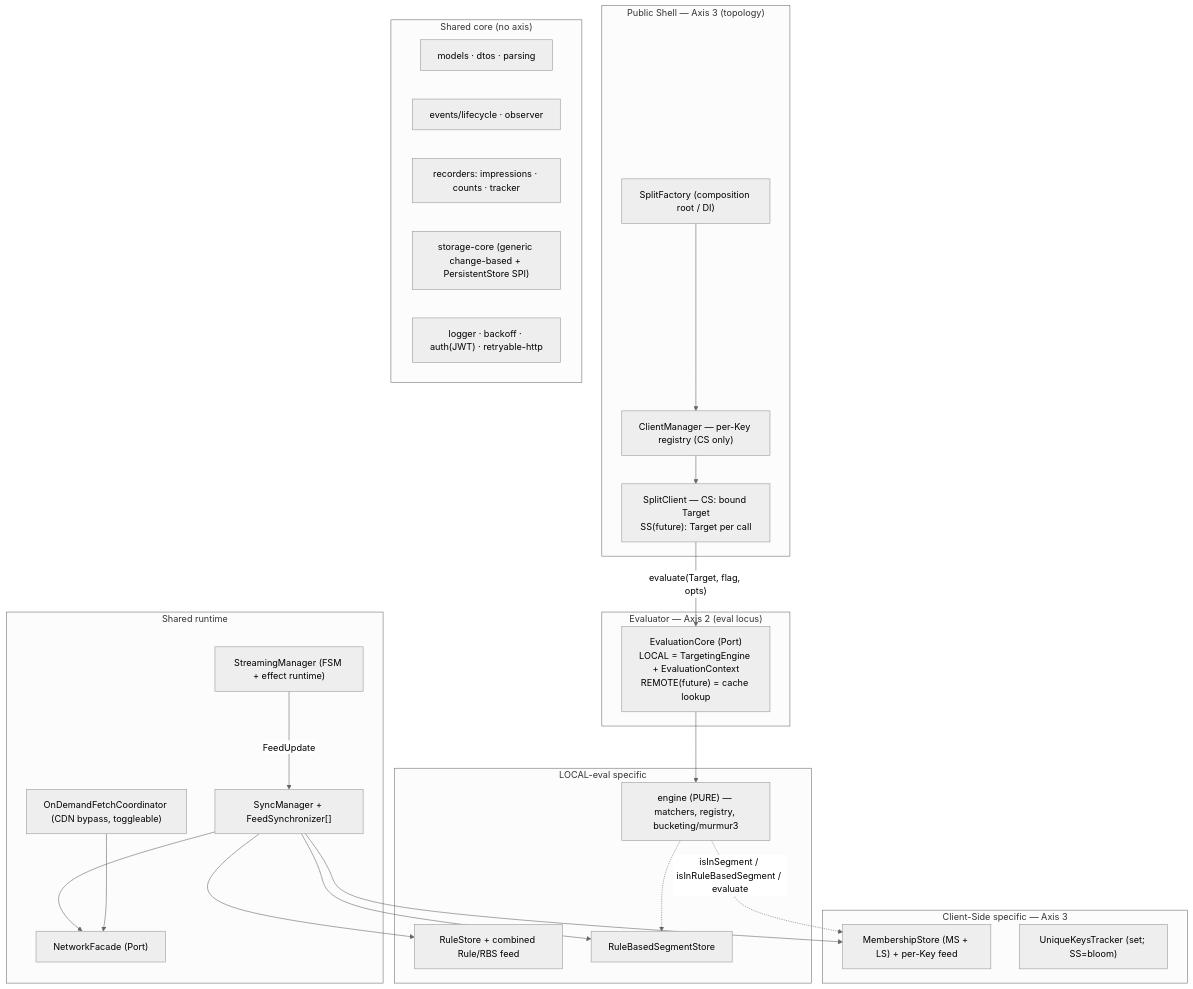
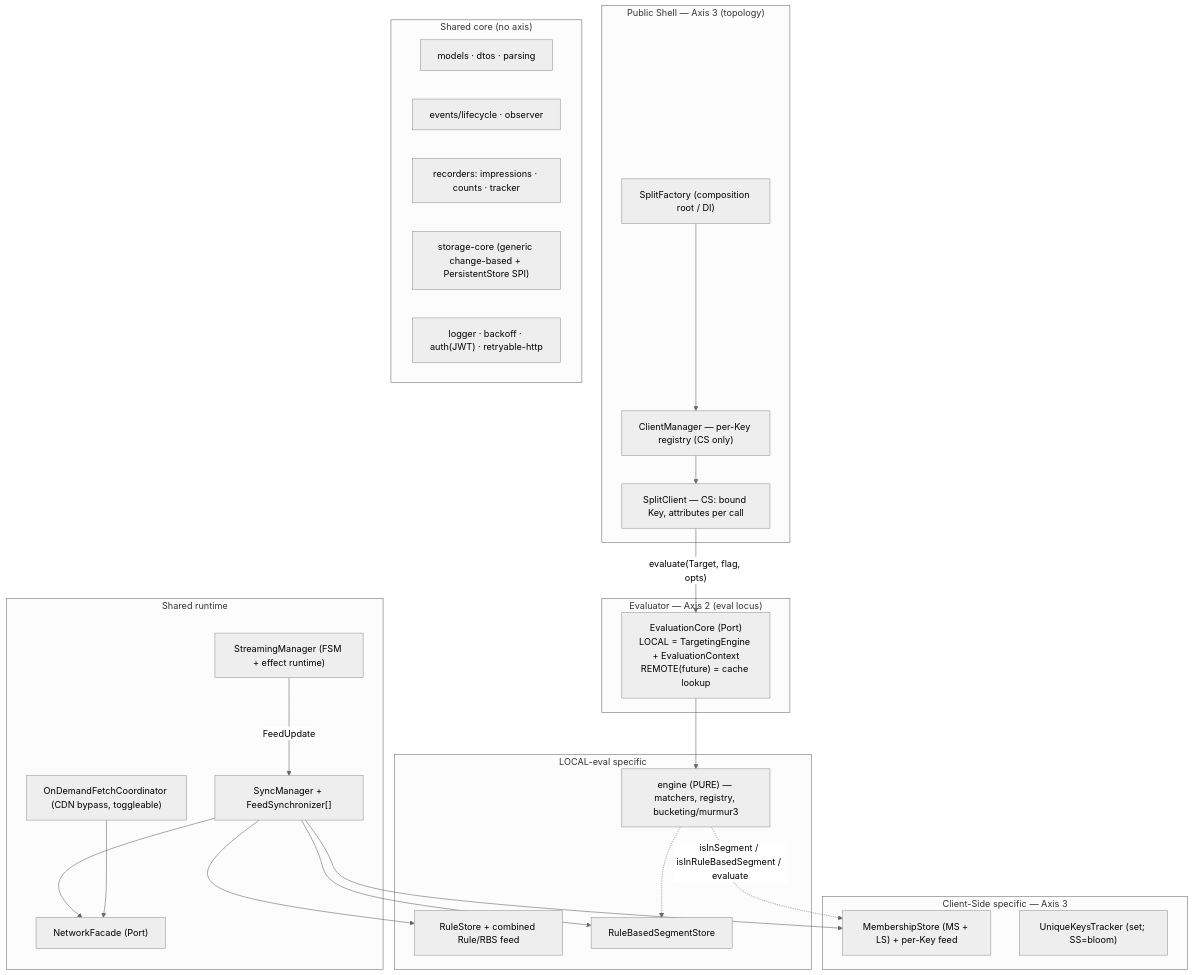
Before and after one commit to splitio/dart-client: the first of 7 diagrams in docs/SDK-Specification-v1-RFC2119.md, drawn with Mermaid (neutral theme). The commit also changed other lines of this file and 382 other files, not shown here.

````diff
--- a/docs/SDK-Specification-v1-RFC2119.md
+++ b/docs/SDK-Specification-v1-RFC2119.md
@@ -74,42 +74,42 @@
 ```mermaid
 flowchart TD
   subgraph SHELL["Public Shell — Axis 3 (topology)"]
     F["SplitFactory (composition root / DI)"]
-    C["SplitClient — CS: bound Target<br/>SS(future): Target per call"]
+    C["SplitClient — CS: bound Key, attributes per call"]
     CM["ClientManager — per-Key registry (CS only)"]
   end
   C -->|"evaluate(Target, flag, opts)"| EV
   subgraph PORTS["Evaluator — Axis 2 (eval locus)"]
     EV["EvaluationCore (Port)<br/>LOCAL = TargetingEngine + EvaluationContext<br/>REMOTE(future) = cache lookup"]
   end
   EV --> ENG
   subgraph LOCAL["LOCAL-eval specific"]
     ENG["engine (PURE) — matchers, registry, bucketing/murmur3"]
     RS["RuleStore + combined Rule/RBS feed"]
     RBS["RuleBasedSegmentStore"]
   end
   subgraph CS["Client-Side specific — Axis 3"]
     MS["MembershipStore (MS + LS) + per-Key feed"]
     UK["UniqueKeysTracker (set; SS=bloom)"]
   end
   ENG -.->|"isInSegment / isInRuleBasedSegment / evaluate"| MS
   ENG -.-> RBS
   subgraph CORE["Shared core (no axis)"]
     M["models · dtos · parsing"]
     EVT["events/lifecycle · observer"]
     REC["recorders: impressions · counts · tracker"]
     ST["storage-core (generic change-based + PersistentStore SPI)"]
     AUX["logger · backoff · auth(JWT) · retryable-http"]
   end
   subgraph RT["Shared runtime"]
     SM["SyncManager + FeedSynchronizer[]"]
     STR["StreamingManager (FSM + effect runtime)"]
     OFC["OnDemandFetchCoordinator (CDN bypass, toggleable)"]
     NF["NetworkFacade (Port)"]
   end
   F --> CM --> C
   SM --> RS & MS & RBS
   STR -->|FeedUpdate| SM
   SM --> NF
   OFC --> NF
 ```
````
